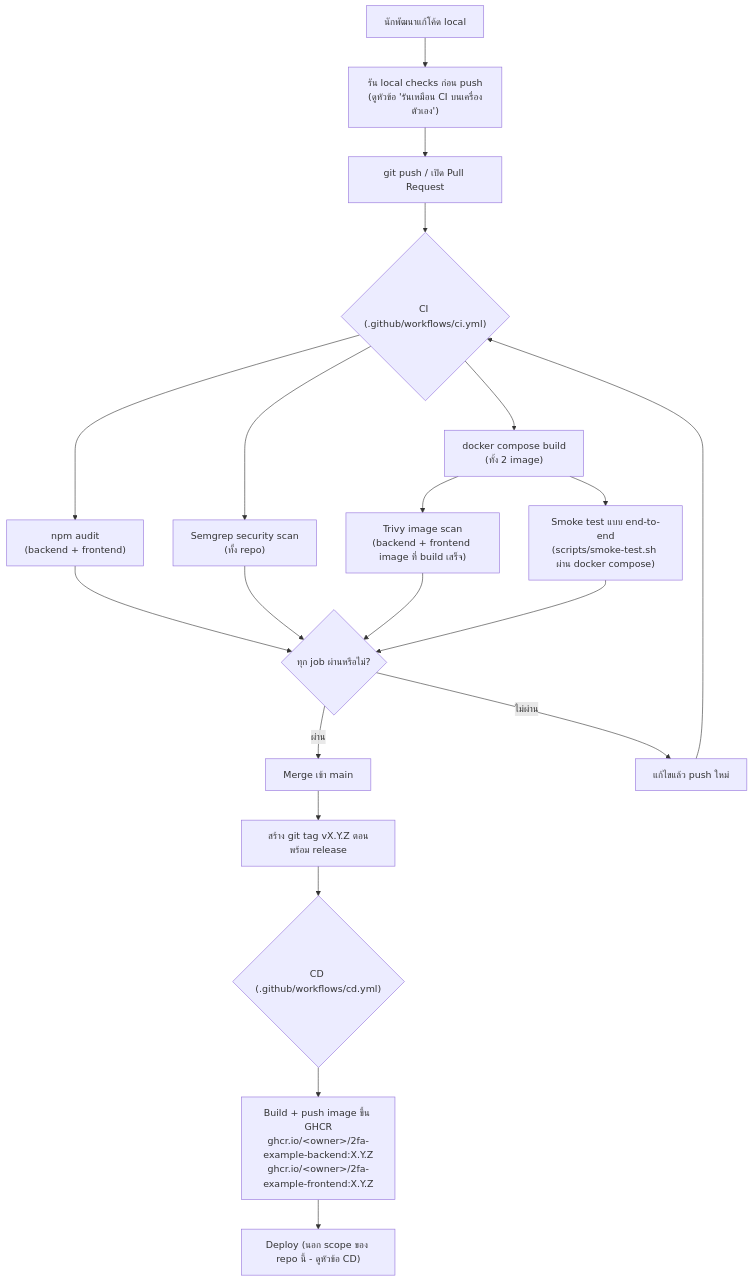
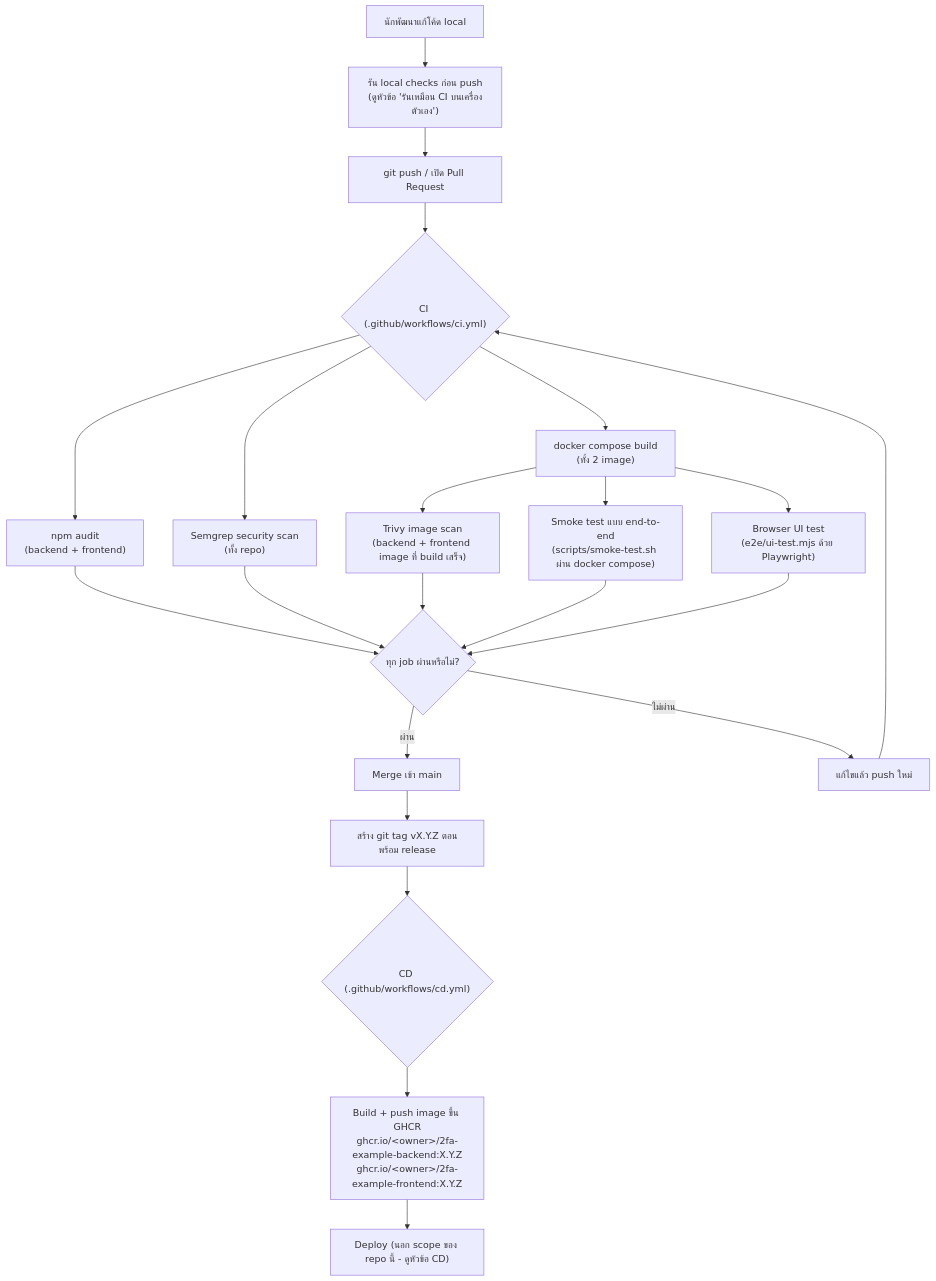
Before and after one commit to nuttkku/2FA-example-coding: the diagram in CI-CD.md, drawn with Mermaid. The commit also changed other lines of this file and 7 other files, not shown here.

First line of the commit message:
Add a Playwright browser test of the real UI to CI

````diff
--- a/CI-CD.md
+++ b/CI-CD.md
@@ -11,26 +11,28 @@
 ```mermaid
 flowchart TD
     Dev["นักพัฒนาแก้โค้ด local"] --> Local["รัน local checks ก่อน push<br/>(ดูหัวข้อ 'รันเหมือน CI บนเครื่องตัวเอง')"]
     Local --> Push["git push / เปิด Pull Request"]
 
     Push --> CI{"CI (.github/workflows/ci.yml)"}
     CI --> Audit["npm audit<br/>(backend + frontend)"]
     CI --> Scan["Semgrep security scan<br/>(ทั้ง repo)"]
     CI --> Build["docker compose build<br/>(ทั้ง 2 image)"]
     Build --> ImageScan["Trivy image scan<br/>(backend + frontend image ที่ build เสร็จ)"]
     Build --> Smoke["Smoke test แบบ end-to-end<br/>(scripts/smoke-test.sh ผ่าน docker compose)"]
+    Build --> UI["Browser UI test<br/>(e2e/ui-test.mjs ด้วย Playwright)"]
 
     Audit --> Gate{"ทุก job ผ่านหรือไม่?"}
     Scan --> Gate
     ImageScan --> Gate
     Smoke --> Gate
+    UI --> Gate
 
     Gate -->|ผ่าน| Merge["Merge เข้า main"]
     Gate -->|ไม่ผ่าน| Fix["แก้ไขแล้ว push ใหม่"]
     Fix --> CI
 
     Merge --> Tag["สร้าง git tag vX.Y.Z ตอนพร้อม release"]
     Tag --> CD{"CD (.github/workflows/cd.yml)"}
     CD --> Publish["Build + push image ขึ้น GHCR<br/>ghcr.io/&lt;owner&gt;/2fa-example-backend:X.Y.Z<br/>ghcr.io/&lt;owner&gt;/2fa-example-frontend:X.Y.Z"]
     Publish --> Deploy["Deploy (นอก scope ของ repo นี้ - ดูหัวข้อ CD)"]
 ```
````
